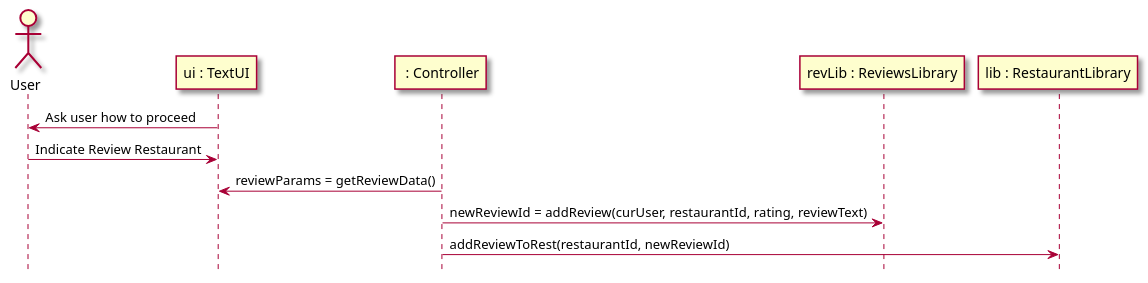
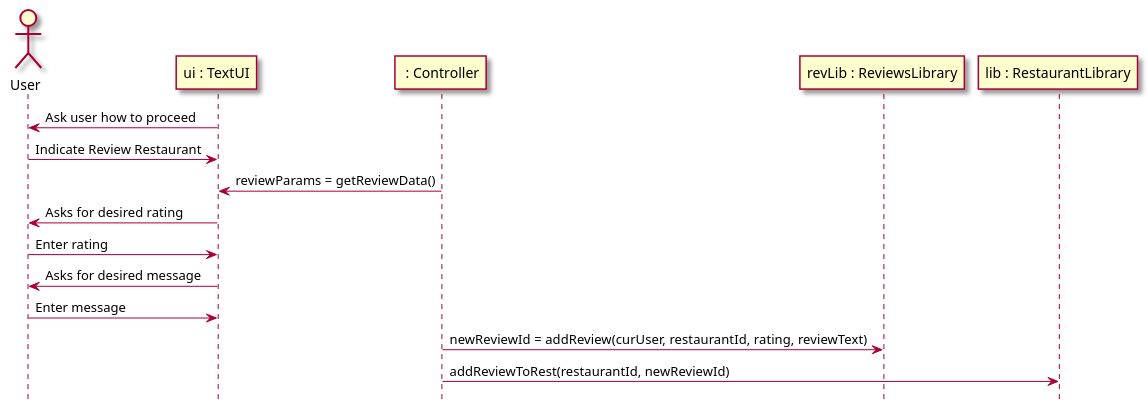
The second of 3 diagrams in intellij/doc/design.md (tanwasp/LunchBox-Android), drawn with PlantUML before and after one commit. The commit also changed other lines of this file, not shown here.

Commit message:
Sequence diagrams

````diff
--- a/intellij/doc/design.md
+++ b/intellij/doc/design.md
@@ -41,19 +41,23 @@
 ```plantuml
 @startuml
 hide footbox
 skin rose
 
 actor User as user
 participant "ui : TextUI" as ui
 participant " : Controller" as controller
 participant "revLib : ReviewsLibrary" as revLib
 participant "lib : RestaurantLibrary" as lib
 
 ui -> user : Ask user how to proceed
 user -> ui : Indicate Review Restaurant
 controller -> ui : reviewParams = getReviewData()
+ui -> user : Asks for desired rating
+user -> ui : Enter rating
+ui -> user : Asks for desired message
+user -> ui : Enter message
 controller -> revLib : newReviewId = addReview(curUser, restaurantId, rating, reviewText)
 controller -> lib : addReviewToRest(restaurantId, newReviewId)
 
 @enduml
 ```
````
